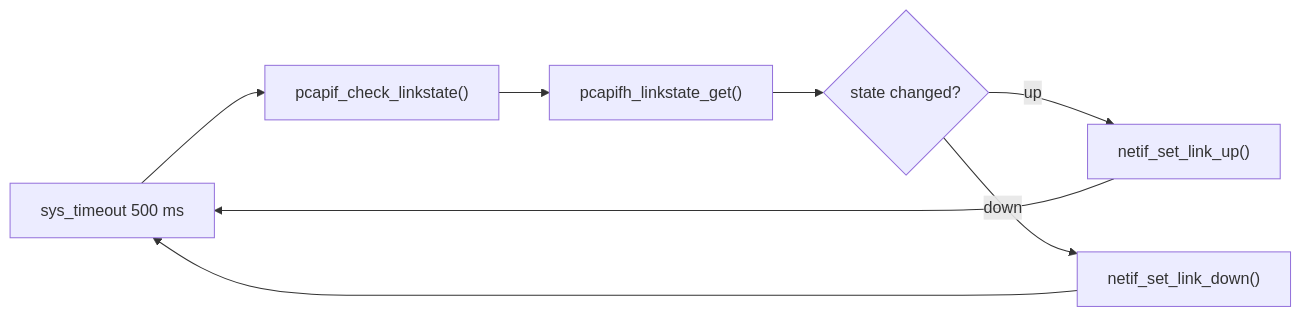
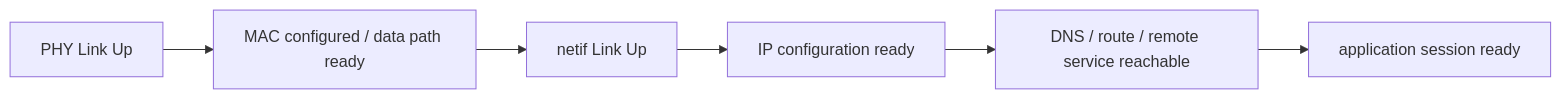
The fifth of 6 diagrams in docs/22-phy-link-autoneg.md (wdfk-prog/lwIP-Source-Lab), drawn with Mermaid before and after one commit. The commit also changed other lines of this file and 49 other files, not shown here.

````diff
--- a/docs/22-phy-link-autoneg.md
+++ b/docs/22-phy-link-autoneg.md
@@ -232,10 +222,8 @@
 ```mermaid
 flowchart LR
-    A["sys_timeout 500 ms"] --> B["pcapif_check_linkstate()"]
-    B --> C["pcapifh_linkstate_get()"]
-    C --> D{"state changed?"}
-    D -- "up" --> E["netif_set_link_up()"]
-    D -- "down" --> F["netif_set_link_down()"]
-    E --> A
-    F --> A
+    A["PHY Link Up"] --> B["MAC configured / data path ready"]
+    B --> C["netif Link Up"]
+    C --> D["IP configuration ready"]
+    D --> E["DNS / route / remote service reachable"]
+    E --> F["application session ready"]
 ```
````
